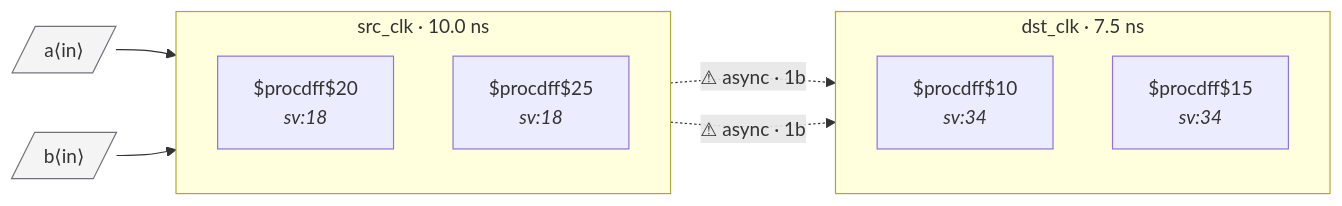
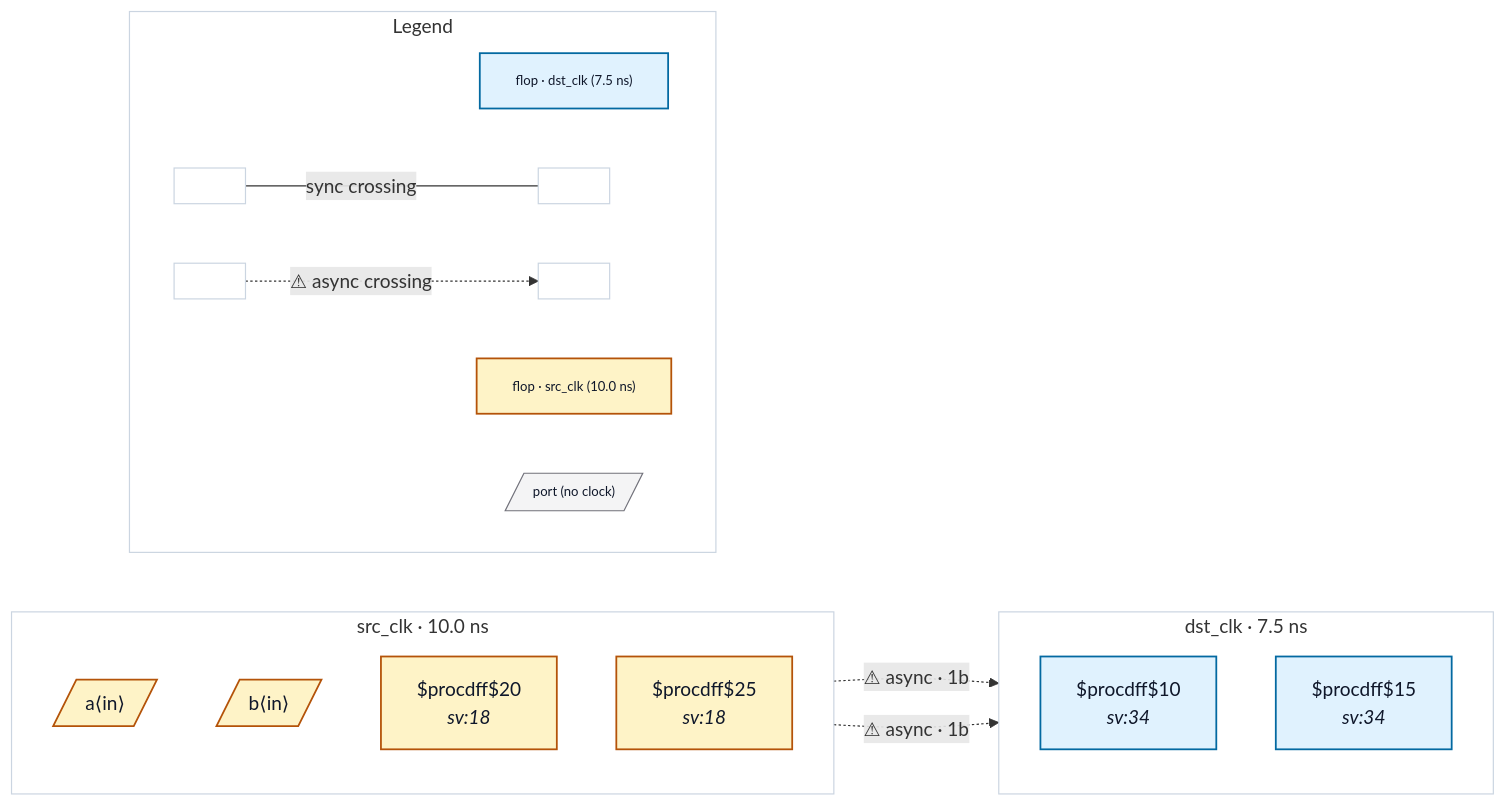
Before and after one commit to rtl-buddy/rtl-buddy-cdc: the diagram in tests/fixtures/bad_comb_before_sync/README.md, drawn with Mermaid. The commit also changed 71 other files, not shown here.

First line of the commit message:
Refresh fixture READMEs + render iterations (colors, legend, nested ports, clock-net edges)

````diff
--- a/tests/fixtures/bad_comb_before_sync/README.md
+++ b/tests/fixtures/bad_comb_before_sync/README.md
@@ -14,21 +14,44 @@
 ```mermaid
 %% bad_comb_before_sync — generated by rtl-buddy-cdc render
 flowchart LR
   subgraph clk_dst_clk["dst_clk · 7.5 ns"]
     direction TB
-    f_6f523bb1["$procdff$10<br/><i>sv:34</i>"]
-    f_1a72511c["$procdff$15<br/><i>sv:34</i>"]
+    f_6f523bb1["$procdff$10<br/><i>sv:34</i>"]:::ckcls_dst_clk
+    f_1a72511c["$procdff$15<br/><i>sv:34</i>"]:::ckcls_dst_clk
   end
   subgraph clk_src_clk["src_clk · 10.0 ns"]
     direction TB
-    f_54f1bc92["$procdff$20<br/><i>sv:18</i>"]
-    f_64f2d573["$procdff$25<br/><i>sv:18</i>"]
+    p_in_a[/"a⟨in⟩"/]:::ckcls_src_clk
+    p_in_b[/"b⟨in⟩"/]:::ckcls_src_clk
+    f_54f1bc92["$procdff$20<br/><i>sv:18</i>"]:::ckcls_src_clk
+    f_64f2d573["$procdff$25<br/><i>sv:18</i>"]:::ckcls_src_clk
   end
-  p_in_a[/"a⟨in⟩"/]:::port
-  p_in_b[/"b⟨in⟩"/]:::port
-  p_in_a --> f_54f1bc92
-  p_in_b --> f_54f1bc92
   f_54f1bc92 -. "⚠ async · 1b" .-> f_6f523bb1
   f_64f2d573 -. "⚠ async · 1b" .-> f_6f523bb1
-  classDef port fill:#f4f4f5,stroke:#71717a
+  subgraph rb_legend["Legend"]
+    direction LR
+    lg_clk_dst_clk["flop · dst_clk (7.5 ns)"]:::ckcls_dst_clk
+    lg_clk_src_clk["flop · src_clk (10.0 ns)"]:::ckcls_src_clk
+    lg_port[/"port (no clock)"/]:::port_unassigned
+    lg_sync_a[" "]:::ckcls_legend_neutral
+    lg_sync_b[" "]:::ckcls_legend_neutral
+    lg_async_a[" "]:::ckcls_legend_neutral
+    lg_async_b[" "]:::ckcls_legend_neutral
+    lg_sync_a --- |"sync crossing"| lg_sync_b
+    lg_async_a -. "⚠ async crossing" .-> lg_async_b
+  end
+  style clk_dst_clk fill:none,stroke:#cbd5e1
+  style clk_src_clk fill:none,stroke:#cbd5e1
+  style rb_legend fill:none,stroke:#cbd5e1
+  style lg_clk_dst_clk font-size:11px
+  style lg_clk_src_clk font-size:11px
+  style lg_port font-size:11px
+  style lg_sync_a font-size:11px
+  style lg_sync_b font-size:11px
+  style lg_async_a font-size:11px
+  style lg_async_b font-size:11px
+  classDef ckcls_dst_clk fill:#e0f2fe,stroke:#0369a1,stroke-width:1.5px,color:#0f172a
+  classDef ckcls_src_clk fill:#fef3c7,stroke:#b45309,stroke-width:1.5px,color:#0f172a
+  classDef port_unassigned fill:#f4f4f5,stroke:#71717a,color:#0f172a
+  classDef ckcls_legend_neutral fill:#ffffff,stroke:#cbd5e1,stroke-width:1px,color:#0f172a
 ```
````
